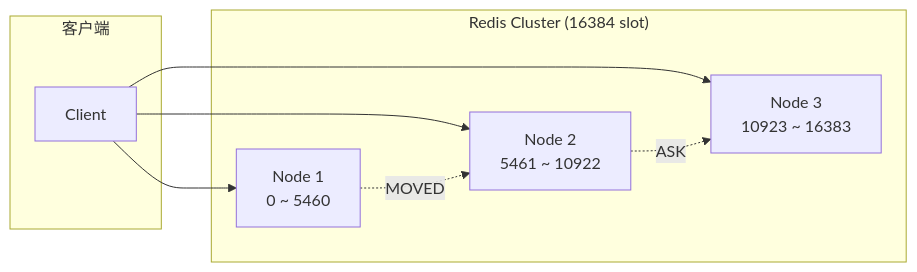
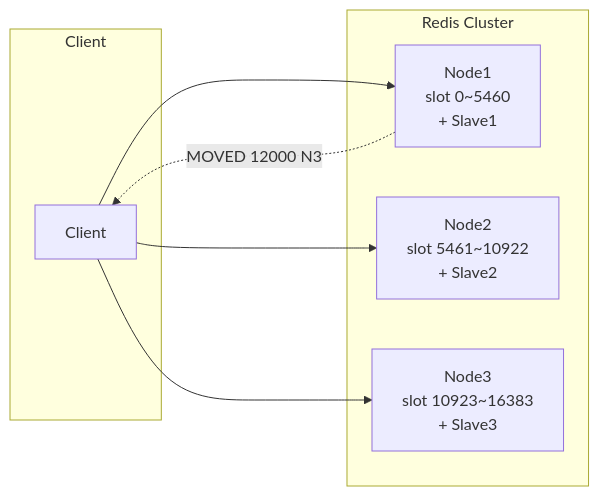
One commit to qigao0787-ops/gq-test changed diagram 19 of 47 in document/strengthen/分布式技术面试总结_增强版.md. Above: the diagram before and after it, drawn with Mermaid. The commit also changed other lines of this file, not shown here.

````diff
--- a/document/strengthen/分布式技术面试总结_增强版.md
+++ b/document/strengthen/分布式技术面试总结_增强版.md
@@ -589,18 +1284,15 @@
 ```mermaid
 flowchart LR
-    subgraph 客户端
+    subgraph Client
         C[Client]
     end
-    subgraph 集群["Redis Cluster (16384 slot)"]
-        N1[Node 1<br/>0 ~ 5460]
-        N2[Node 2<br/>5461 ~ 10922]
-        N3[Node 3<br/>10923 ~ 16383]
+    subgraph Cluster["Redis Cluster"]
+        N1["Node1<br/>slot 0~5460<br/>+ Slave1"]
+        N2["Node2<br/>slot 5461~10922<br/>+ Slave2"]
+        N3["Node3<br/>slot 10923~16383<br/>+ Slave3"]
     end
-
     C --> N1
     C --> N2
     C --> N3
-
-    N1 -.MOVED.-> N2
-    N2 -.ASK.-> N3
+    N1 -.MOVED 12000 N3.-> C
 ```
````
